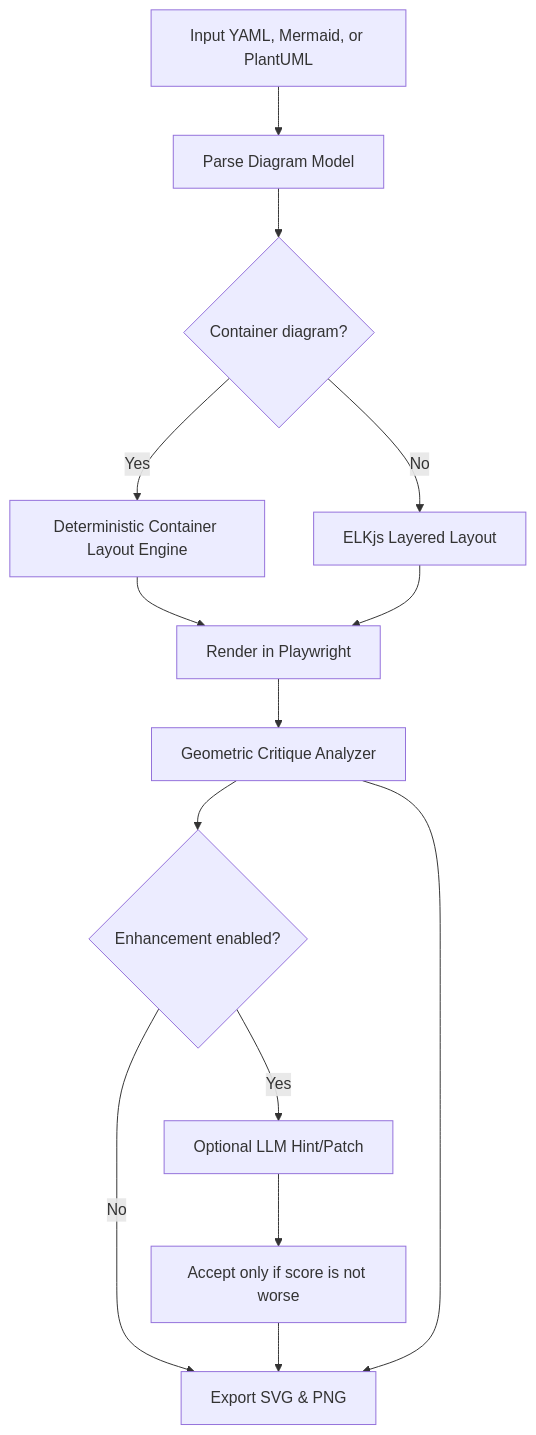
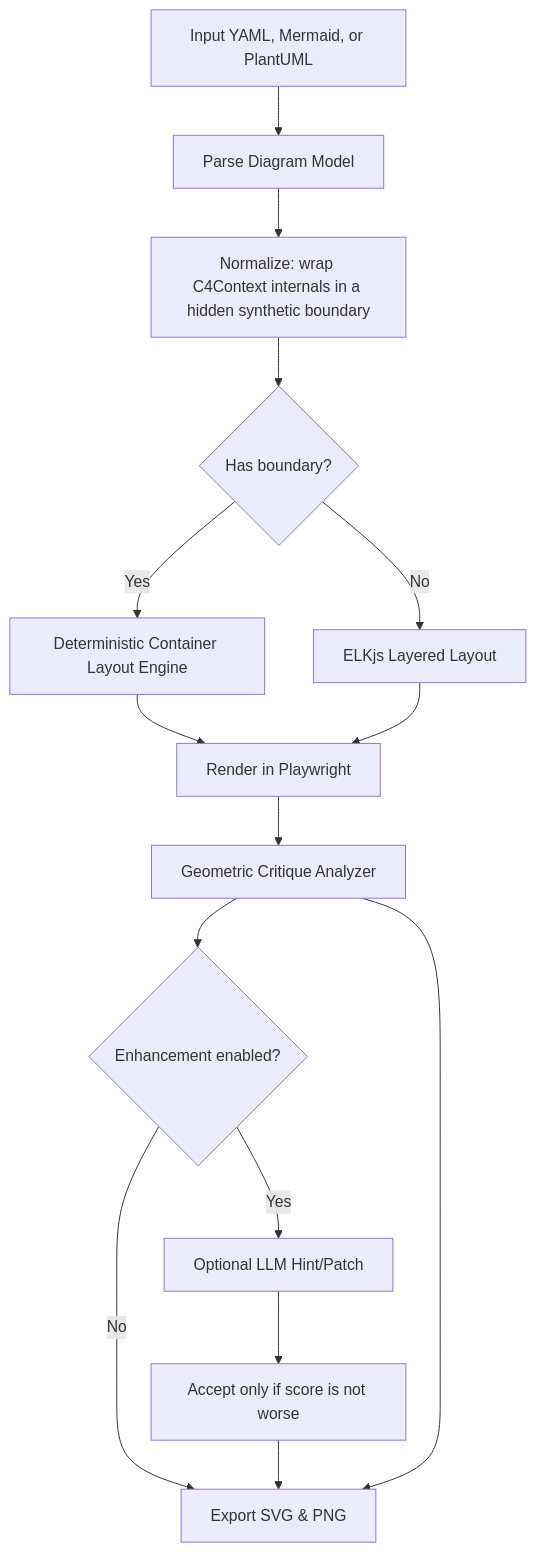
The diagram in README.md (cookie-bytes/nudge), drawn with Mermaid before and after one commit. The commit also changed other lines of this file and 2 other files, not shown here.

First line of the commit message:
docs: Document context diagrams reusing the container layout engine

````diff
--- a/README.md
+++ b/README.md
@@ -31,16 +31,17 @@
 ```mermaid
 graph TD
     A[Input YAML, Mermaid, or PlantUML] --> B[Parse Diagram Model]
-    B --> C{Container diagram?}
+    B --> N[Normalize: wrap C4Context internals in a hidden synthetic boundary]
+    N --> C{Has boundary?}
     C -->|Yes| D[Deterministic Container Layout Engine]
     C -->|No| E[ELKjs Layered Layout]
     D --> F[Render in Playwright]
     E --> F
     F --> G[Geometric Critique Analyzer]
     G --> H{Enhancement enabled?}
     H -->|Yes| I[Optional LLM Hint/Patch]
     I --> J[Accept only if score is not worse]
     H -->|No| K[Export SVG & PNG]
     J --> K
     G --> K
 ```
````
